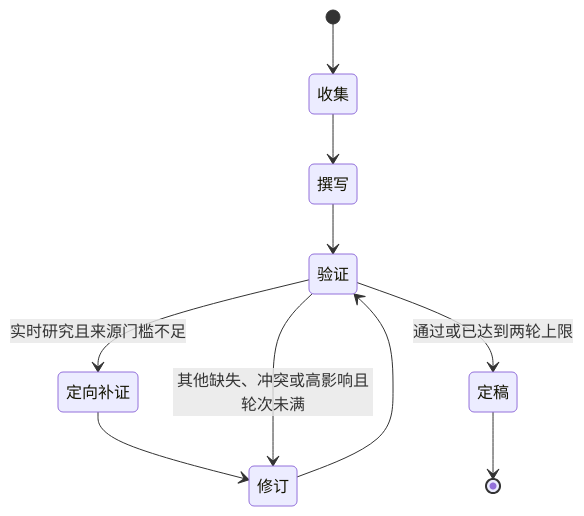
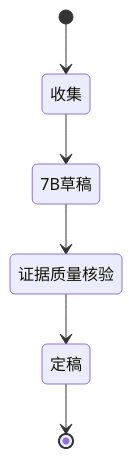
Before and after one commit to pcdogyu/RAG-Agentic-Looping: the second of 2 diagrams in README.md, drawn with Mermaid. The commit also changed other lines of this file and 32 other files, not shown here.

````diff
--- a/README.md
+++ b/README.md
@@ -173,12 +174,8 @@
 ```mermaid
 stateDiagram-v2
     [*] --> 收集
-    收集 --> 撰写
-    撰写 --> 验证
-    验证 --> 定向补证: 实时研究且来源门槛不足
-    定向补证 --> 修订
-    验证 --> 修订: 其他缺失、冲突或高影响且轮次未满
-    修订 --> 验证
-    验证 --> 定稿: 通过或已达到两轮上限
+    收集 --> 7B草稿
+    7B草稿 --> 证据质量核验
+    证据质量核验 --> 定稿
     定稿 --> [*]
 ```
````
